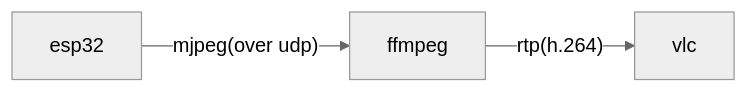
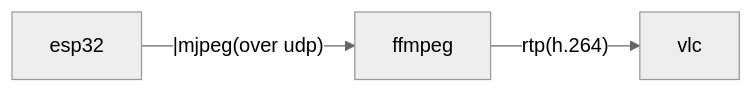
One commit to DBinK/espressif-demo changed the diagram in ffmpeg/udp/readme.md. Above: the diagram before and after it, drawn with Mermaid (neutral theme). The commit also changed other lines of this file, not shown here.

Commit message:
修改兼容gitee的mermaid语法

````diff
--- a/ffmpeg/udp/readme.md
+++ b/ffmpeg/udp/readme.md
@@ -2,7 +2,8 @@
 ```mermaid
 graph LR
 esp32[esp32]
 ffmpeg[ffmpeg]
 vlc[vlc]
-esp32 --mjpeg(over udp)--> ffmpeg --rtp(h.264)--> vlc
+esp32 --|mjpeg(over udp)--> ffmpeg 
+ffmpeg--rtp(h.264)--> vlc
 ```
````
